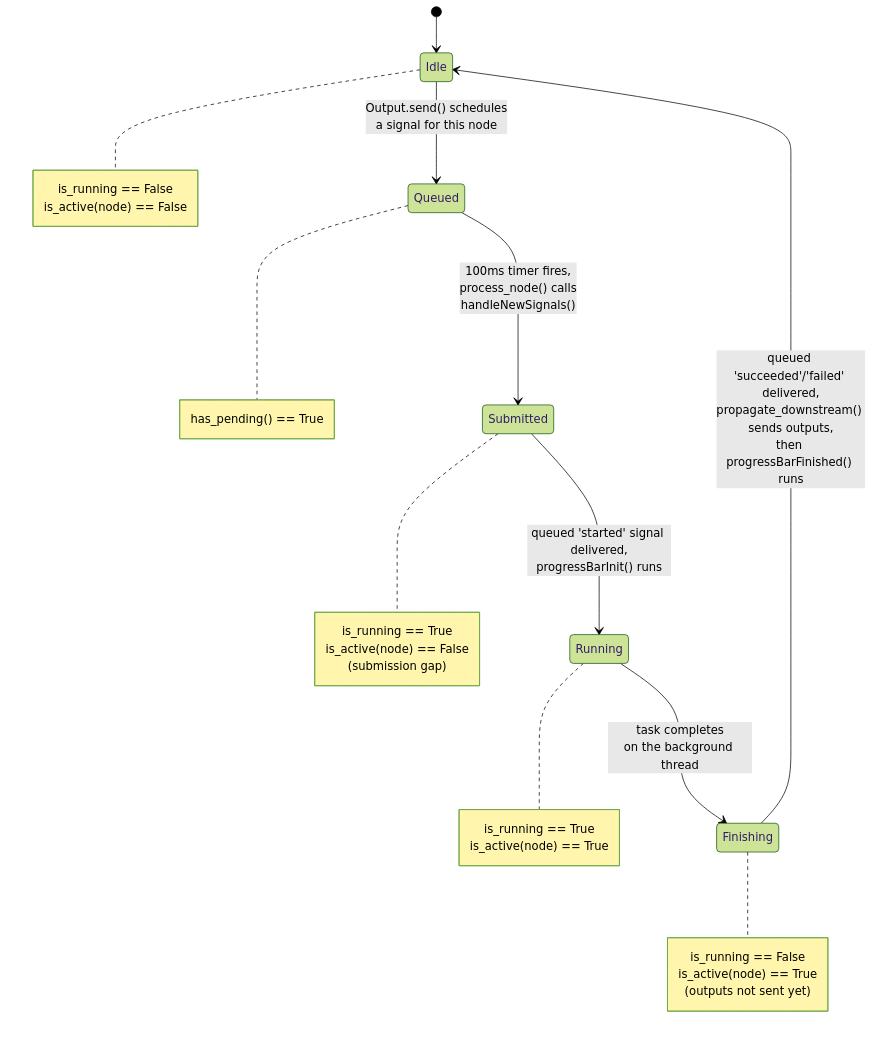
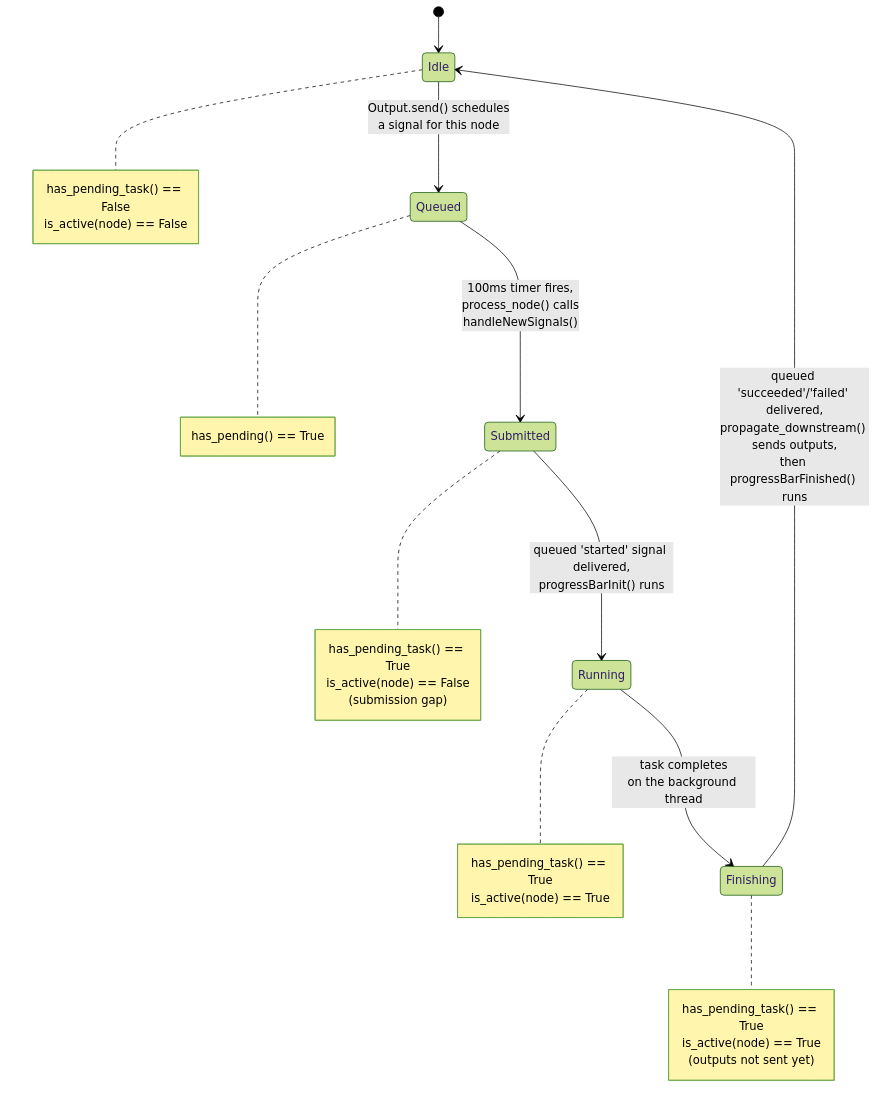
The second of 2 diagrams in doc/explanations/execution.rst (ewoks-kit/ewoksorange), drawn with Mermaid (forest theme) before and after one commit. The commit also changed other lines of this file and 7 other files, not shown here.

Commit message:
use OWEwoksBaseWidget.has_pending_task() instead of EwoksExecutor.is_running()

```diff
--- a/doc/explanations/execution.rst
+++ b/doc/explanations/execution.rst
@@ -75,32 +88,32 @@
 .. mermaid::
 
     stateDiagram-v2
         [*] --> Idle
 
         Idle --> Queued: Output.send() schedules<br/>a signal for this node
         Queued --> Submitted: 100ms timer fires,<br/>process_node() calls<br/>handleNewSignals()
         Submitted --> Running: queued 'started' signal delivered,<br/>progressBarInit() runs
         Running --> Finishing: task completes<br/>on the background thread
         Finishing --> Idle: queued 'succeeded'/'failed' delivered,<br/>propagate_downstream() sends outputs,<br/>then progressBarFinished() runs
 
         note right of Queued
             has_pending() == True
         end note
         note right of Submitted
-            is_running == True
+            has_pending_task() == True
             is_active(node) == False
             (submission gap)
         end note
         note right of Running
-            is_running == True
+            has_pending_task() == True
             is_active(node) == True
         end note
         note right of Finishing
-            is_running == False
+            has_pending_task() == True
             is_active(node) == True
             (outputs not sent yet)
         end note
         note right of Idle
-            is_running == False
+            has_pending_task() == False
             is_active(node) == False
         end note
```
